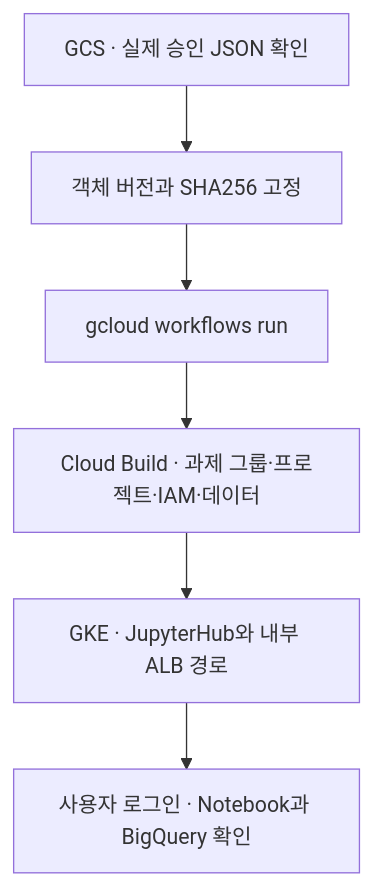
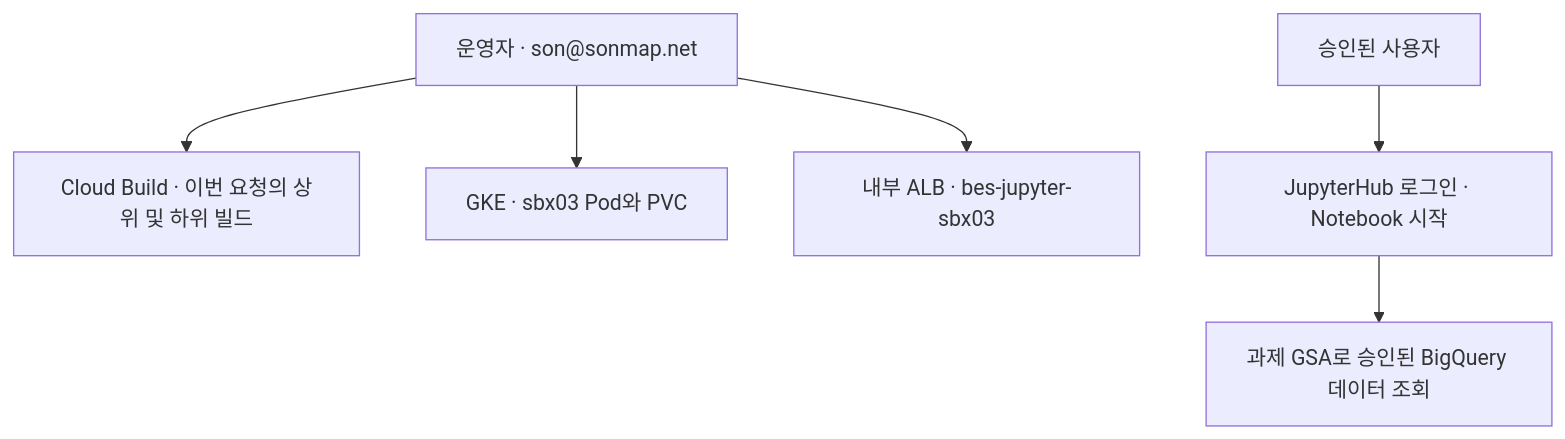
One commit to sonmap/GCP_SBX_Test01 changed the sixth of 6 diagrams in 01.docs/02-sandbox-deploy.md. Above: the diagram before and after it, drawn with Mermaid. The commit also changed other lines of this file, not shown here.

````diff
--- a/01.docs/02-sandbox-deploy.md
+++ b/01.docs/02-sandbox-deploy.md
@@ -5,8 +131,8 @@
 ```mermaid
 flowchart TD
-    A["GCS · 실제 승인 JSON 확인"] --> B["객체 버전과 SHA256 고정"]
-    B --> C["gcloud workflows run"]
-    C --> D["Cloud Build · 과제 그룹·프로젝트·IAM·데이터"]
-    D --> E["GKE · JupyterHub와 내부 ALB 경로"]
-    E --> F["사용자 로그인 · Notebook과 BigQuery 확인"]
+    O["운영자 · son@sonmap.net"] --> B["Cloud Build · 이번 요청의 상위 및 하위 빌드"]
+    O --> K["GKE · sbx03 Pod와 PVC"]
+    O --> A["내부 ALB · bes-jupyter-sbx03"]
+    U["승인된 사용자"] --> J["JupyterHub 로그인 · Notebook 시작"]
+    J --> Q["과제 GSA로 승인된 BigQuery 데이터 조회"]
 ```
````
